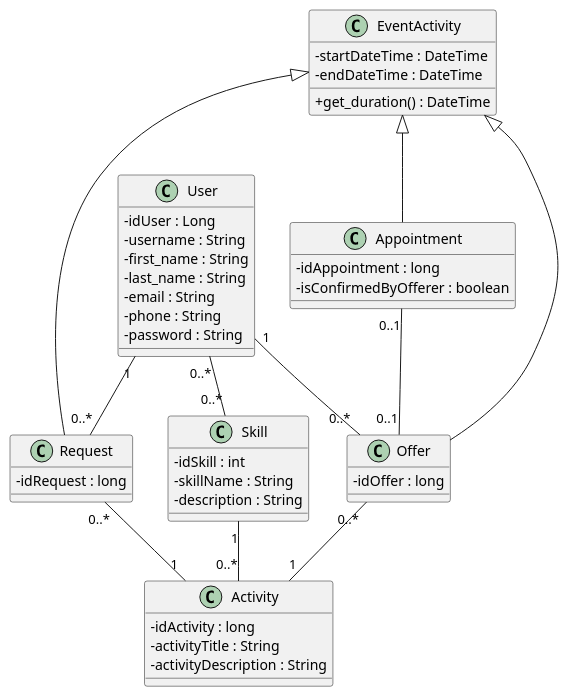
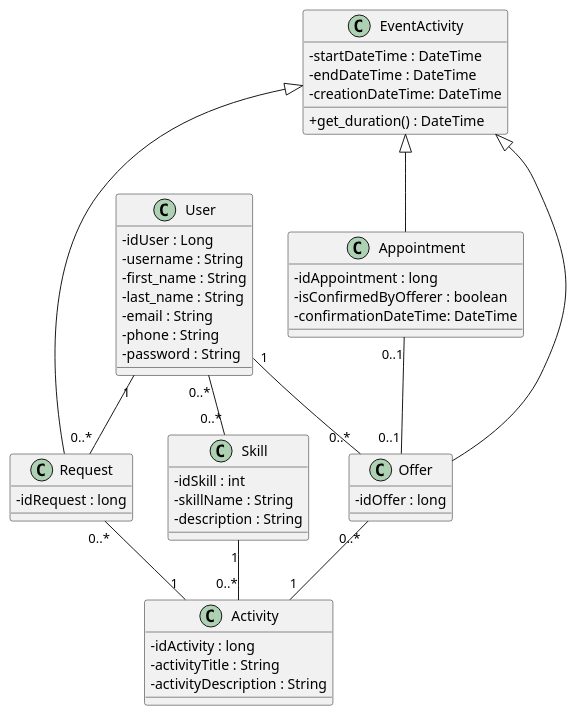
One commit to albanmartel/SkillsExchange changed the diagram in Modelisation/02_CLASS_DIAGRAM/02_Class_Digram.puml. Above: the diagram before and after it, drawn with PlantUML.

Commit message:
UPDATE '02_Class_Digram' ajouter une méthode dans la classe mère 'get_duration()' pour retourner la durée de l'activité.

```diff
--- a/Modelisation/02_CLASS_DIAGRAM/02_Class_Digram.puml
+++ b/Modelisation/02_CLASS_DIAGRAM/02_Class_Digram.puml
@@ -1,57 +1,59 @@
 @startuml
 skinparam classAttributeIconSize 0
 
 class User {
   - idUser : Long
   - username : String
   - first_name : String
   - last_name : String
   - email : String
   - phone : String
   - password : String
 }
 
 class Skill {
   - idSkill : int
   - skillName : String
   - description : String
 }
 
 class Activity {
   - idActivity : long
   - activityTitle : String
   - activityDescription : String
 }
 
 class EventActivity {
   - startDateTime : DateTime
   - endDateTime : DateTime
+  - creationDateTime: DateTime
   + get_duration() : DateTime
 }
 
 class Offer {
   - idOffer : long
 }
 
 class Appointment{
   - idAppointment : long
   - isConfirmedByOfferer : boolean
+  - confirmationDateTime: DateTime
 }
 
 class Request {
   - idRequest : long
 }
 
 EventActivity <|-- Offer
 EventActivity <|-- Appointment
 EventActivity <|-- Request
 
 User "0..*" -- "0..*" Skill
 Skill "1" -- "0..*" Activity
 User "1" -- "0..*" Offer
 User "1" -- "0..*" Request
 Offer "0..*" -- "1" Activity
 Request "0..*" -- "1" Activity
 Appointment "0..1" -- "0..1" Offer
 
 @enduml
```
